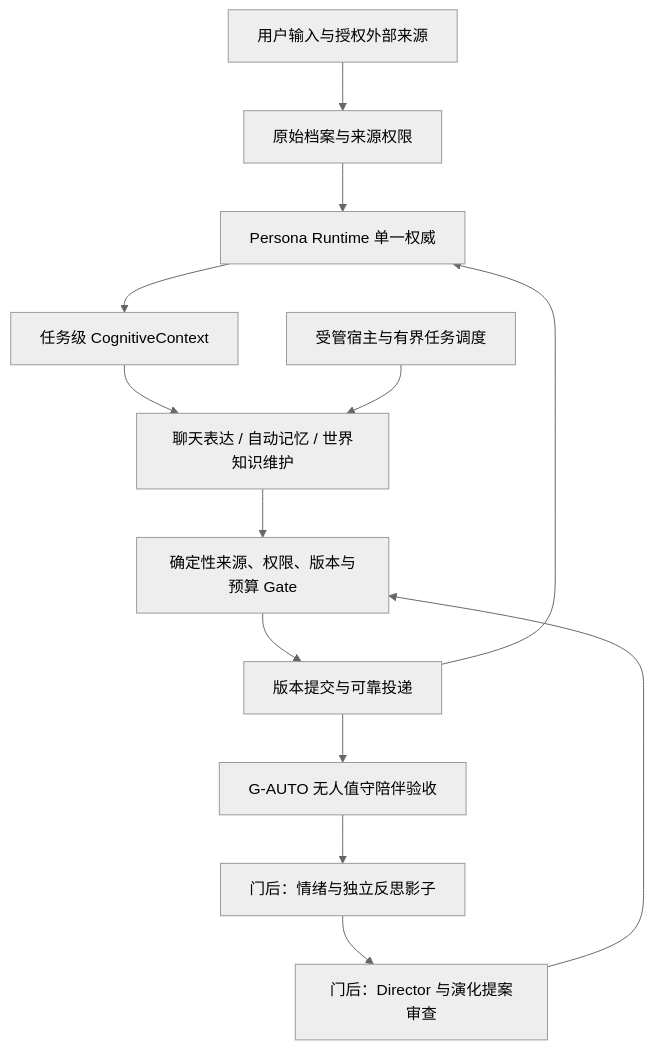
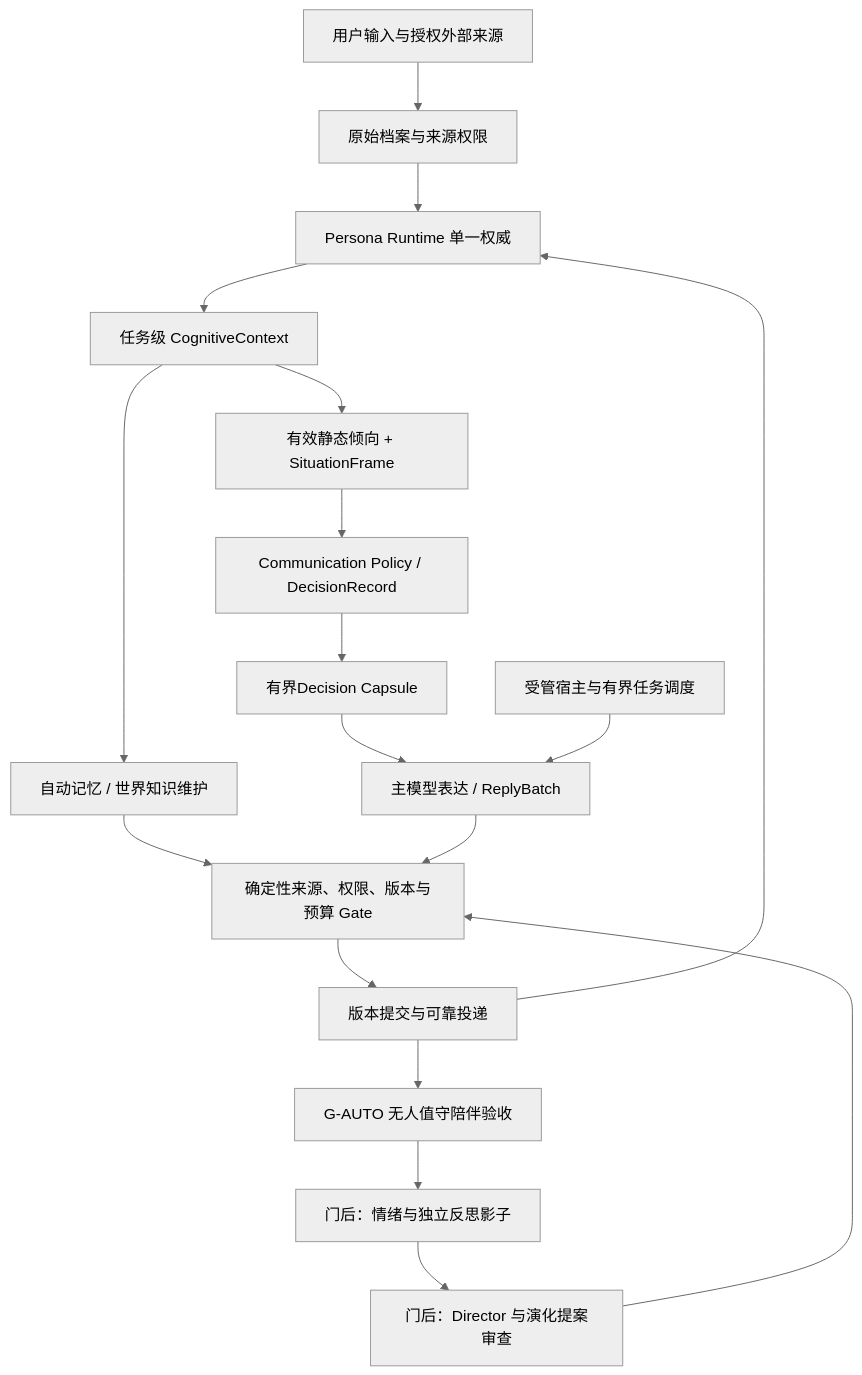
The first of 4 diagrams in docs/pcar_project_plan_zh.md (FoxofCAUC/Persona-Centric-Agent-Runtime), drawn with Mermaid (neutral theme) before and after one commit. The commit also changed other lines of this file and 35 other files, not shown here.

Commit message:
docs: record M7.6 roadmap and shadow acceptance

````diff
--- a/docs/pcar_project_plan_zh.md
+++ b/docs/pcar_project_plan_zh.md
@@ -142,15 +118,20 @@
 ```mermaid
 flowchart TD
     A[用户输入与授权外部来源] --> B[原始档案与来源权限]
     B --> C[Persona Runtime 单一权威]
     C --> D[任务级 CognitiveContext]
-    D --> E[聊天表达 / 自动记忆 / 世界知识维护]
+    D --> P[有效静态倾向 + SituationFrame]
+    P --> Q[Communication Policy / DecisionRecord]
+    Q --> R[有界Decision Capsule]
+    R --> E[主模型表达 / ReplyBatch]
+    D --> W[自动记忆 / 世界知识维护]
+    W --> F
     E --> F[确定性来源、权限、版本与预算 Gate]
     F --> G[版本提交与可靠投递]
     G --> C
     H[受管宿主与有界任务调度] --> E
     G --> I[G-AUTO 无人值守陪伴验收]
     I --> J[门后：情绪与独立反思影子]
     J --> K[门后：Director 与演化提案审查]
     K --> F
 ```
````
